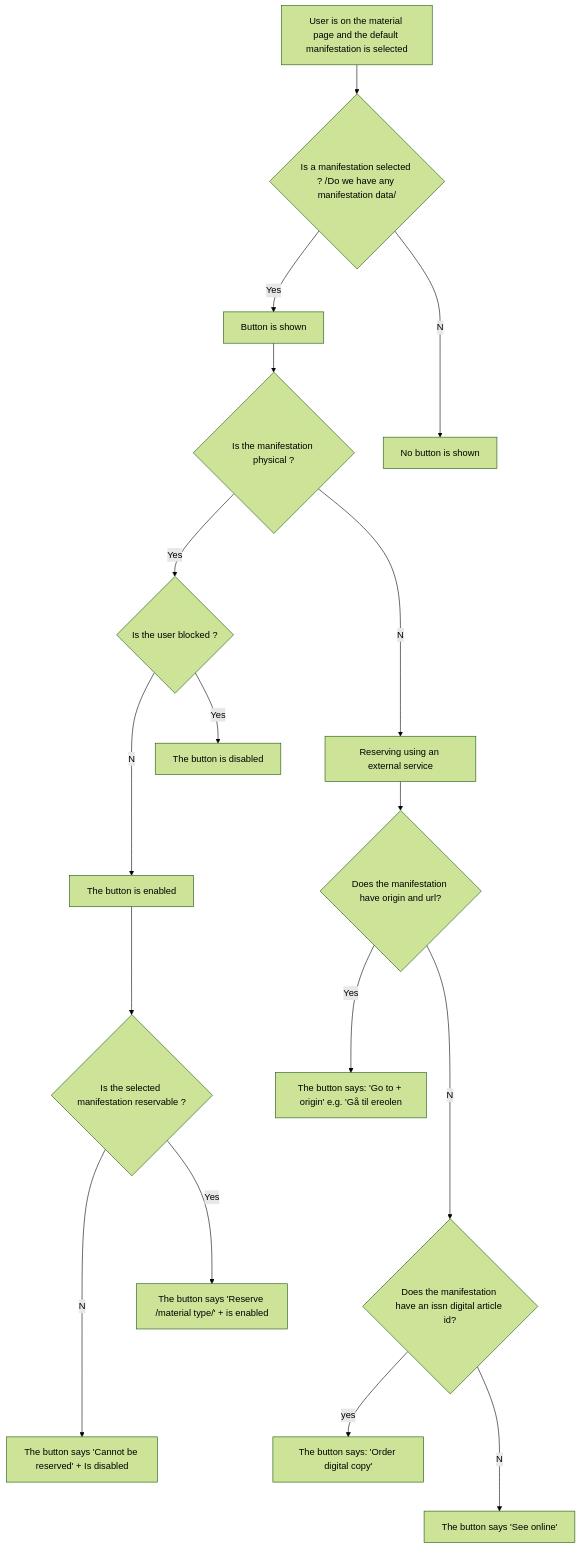
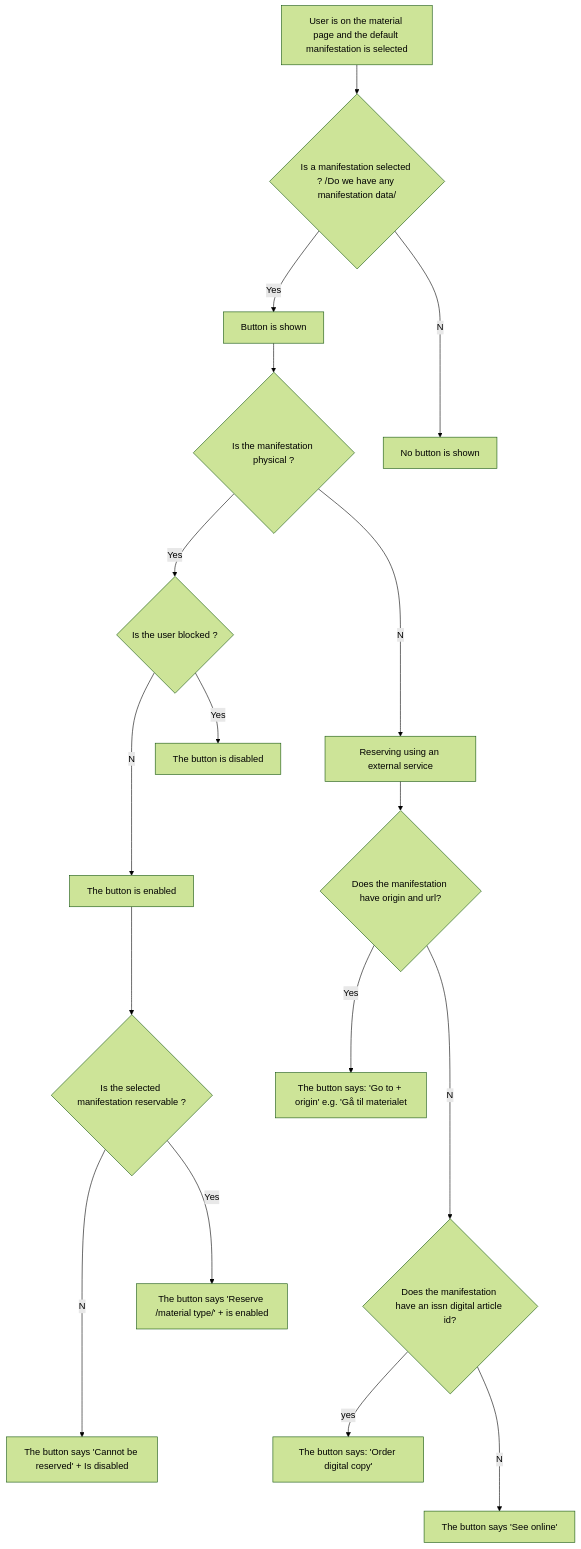
The diagram in react/src/components/material/reserve-button.md (danskernesdigitalebibliotek/dpl-web), drawn with Mermaid (forest theme) before and after one commit. The commit also changed 13 other files, not shown here.

````diff
--- a/react/src/components/material/reserve-button.md
+++ b/react/src/components/material/reserve-button.md
@@ -3,36 +3,36 @@
 ```mermaid
 flowchart TD;
 
 Start[User is on the material page and the default manifestation is selected]
 -->1{Is a manifestation selected ? /Do we have any manifestation data/}
 
 1{Is a manifestation selected ? /Do we have any manifestation data/}
 --Yes--> Button[Button is shown]
 --> 2{Is the manifestation physical ?}
 1{Is a manifestation selected ? /Do we have any manifestation data/}
 --No--> NoButton[No button is shown]
 
 2{Is the manifestation physical ?} --Yes--> 3{Is the user blocked ?}
 2{Is the manifestation physical ?}
 --No--> ExternalService[Reserving using an external service]
 -->5{Does the manifestation have origin and url?}
 
 3{Is the user blocked ?} --Yes--> ButtonDisabled[The button is disabled]
 3{Is the user blocked ?} --No--> ButtonEnabled[The button is enabled]
 --> 4{Is the selected manifestations reservable ?}
 
 4{Is the selected manifestation reservable ?} --Yes-->
 ButtonWithType[The button says 'Reserve /material type/' + is enabled]
 4{Is the selected manifestation reservable ?} --No-->
 CannotbeReserved[The button says 'Cannot be reserved' + Is disabled]
 
 5{Does the manifestation have origin and url?}
---Yes--> Ereol[The button says: 'Go to + origin' e.g. 'Gå til ereolen]
+--Yes--> Ereol[The button says: 'Go to + origin' e.g. 'Gå til materialet]
 5{Does the manifestation have origin and url?}
 --No--> 6{Does the manifestation have an issn digital article id?}
 
 6{Does the manifestation have an issn digital article id?}
 --yes--> DigitalArticle[The button says: 'Order digital copy']
 6{Does the manifestation have an issn digital article id?}
 --No--> InfomediaArticle[The button says 'See online']
 ```
````
